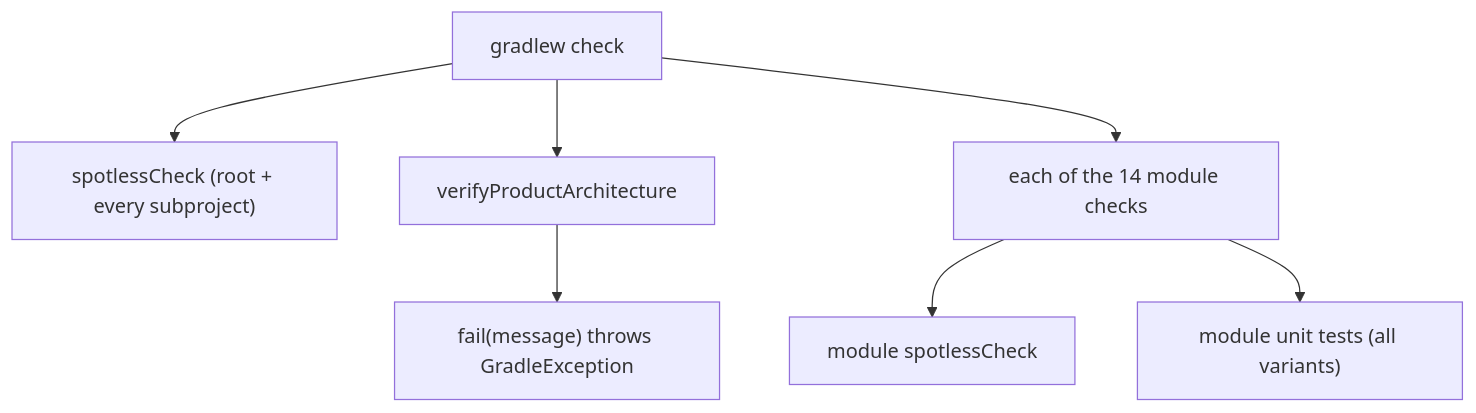
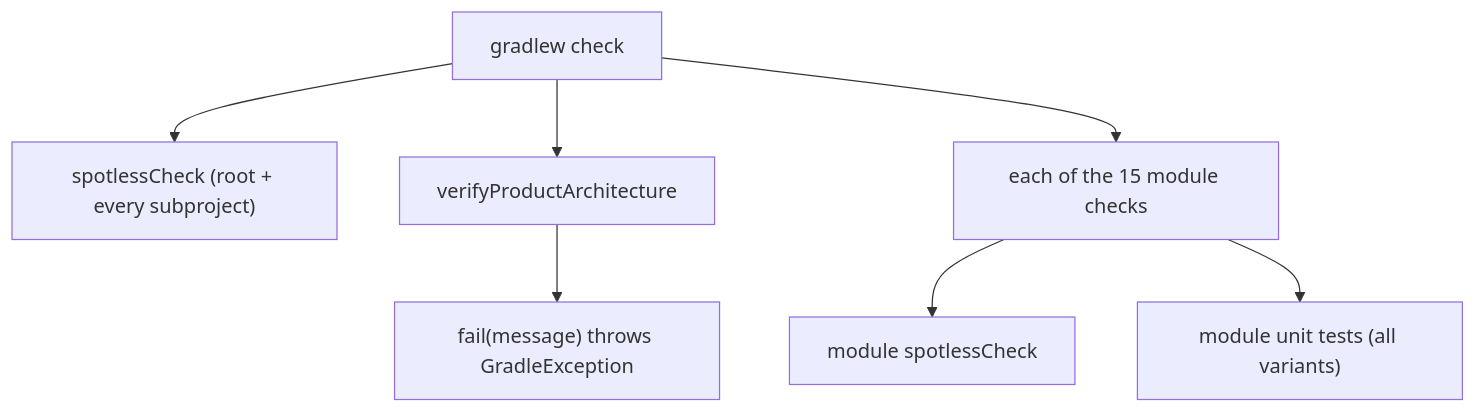
One commit to DefineMyCode/melody-in-heart-x changed the first of 2 diagrams in openwiki/operations/build-and-verification.md. Above: the diagram before and after it, drawn with Mermaid. The commit also changed other lines of this file and 34 other files, not shown here.

````diff
--- a/openwiki/operations/build-and-verification.md
+++ b/openwiki/operations/build-and-verification.md
@@ -132,9 +136,9 @@
 ```mermaid
 flowchart TD
     CHECK["gradlew check"] --> SPOT["spotlessCheck (root + every subproject)"]
     CHECK --> ARCH["verifyProductArchitecture"]
-    CHECK --> SUB["each of the 14 module checks"]
+    CHECK --> SUB["each of the 15 module checks"]
     SUB --> MODSPOT["module spotlessCheck"]
     SUB --> MODTEST["module unit tests (all variants)"]
     ARCH --> FAIL["fail(message) throws GradleException"]
 ```
````
